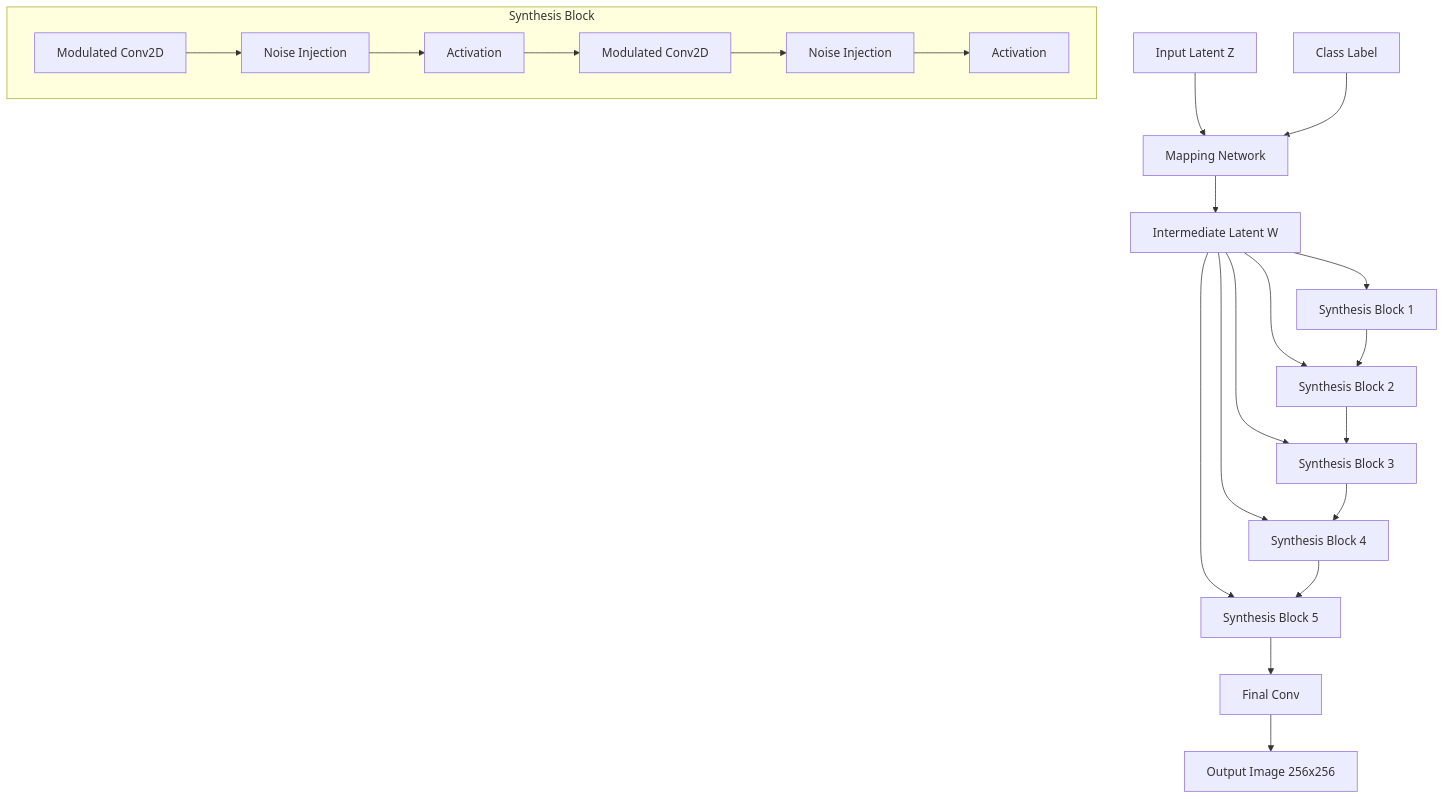
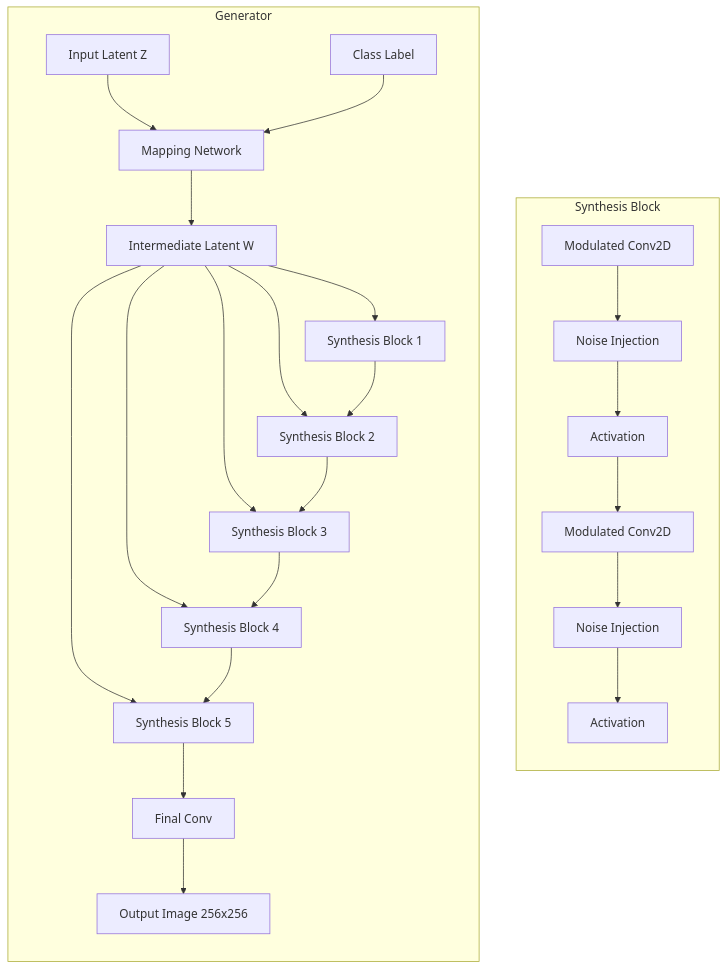
The first of 2 diagrams in recognition/45836769_styleGan2/README.md (shakes76/PatternAnalysis-2024), drawn with Mermaid before and after one commit. The commit also changed other lines of this file and 3 other files, not shown here.

Commit message:
Updated references. Added requirements table to readme. Fixed graphs in readme.

````diff
--- a/recognition/45836769_styleGan2/README.md
+++ b/recognition/45836769_styleGan2/README.md
@@ -34,25 +34,29 @@
 ```mermaid
-graph TD
-    Z[Input Latent Z] --> MN[Mapping Network]
-    L[Class Label] --> MN
-    MN --> W[Intermediate Latent W]
-    W --> SB1[Synthesis Block 1]
-    W --> SB2[Synthesis Block 2]
-    W --> SB3[Synthesis Block 3]
-    W --> SB4[Synthesis Block 4]
-    W --> SB5[Synthesis Block 5]
+graph TB
+subgraph "Synthesis Block"
+    direction TB
+    MC1["Modulated Conv2D"] --> NI1["Noise Injection"]
+    NI1 --> A1["Activation"]
+    A1 --> MC2["Modulated Conv2D"]
+    MC2 --> NI2["Noise Injection"]
+    NI2 --> A2["Activation"]
+end
+
+subgraph "Generator"
+    direction TB
+    Z["Input Latent Z"] --> MN["Mapping Network"]
+    L["Class Label"] --> MN
+    MN --> W["Intermediate Latent W"]
+    W --> SB1["Synthesis Block 1"]
+    W --> SB2["Synthesis Block 2"]
+    W --> SB3["Synthesis Block 3"]
+    W --> SB4["Synthesis Block 4"]
+    W --> SB5["Synthesis Block 5"]
     SB1 --> SB2
     SB2 --> SB3
     SB3 --> SB4
     SB4 --> SB5
-    SB5 --> FC[Final Conv]
-    FC --> Out[Output Image 256x256]
-    
-    subgraph "Synthesis Block"
-        MC1[Modulated Conv2D] --> NI1[Noise Injection]
-        NI1 --> A1[Activation]
-        A1 --> MC2[Modulated Conv2D]
-        MC2 --> NI2[Noise Injection]
-        NI2 --> A2[Activation]
-    end
+    SB5 --> FC["Final Conv"]
+    FC --> Out["Output Image 256x256"]
+end
 ```
````
